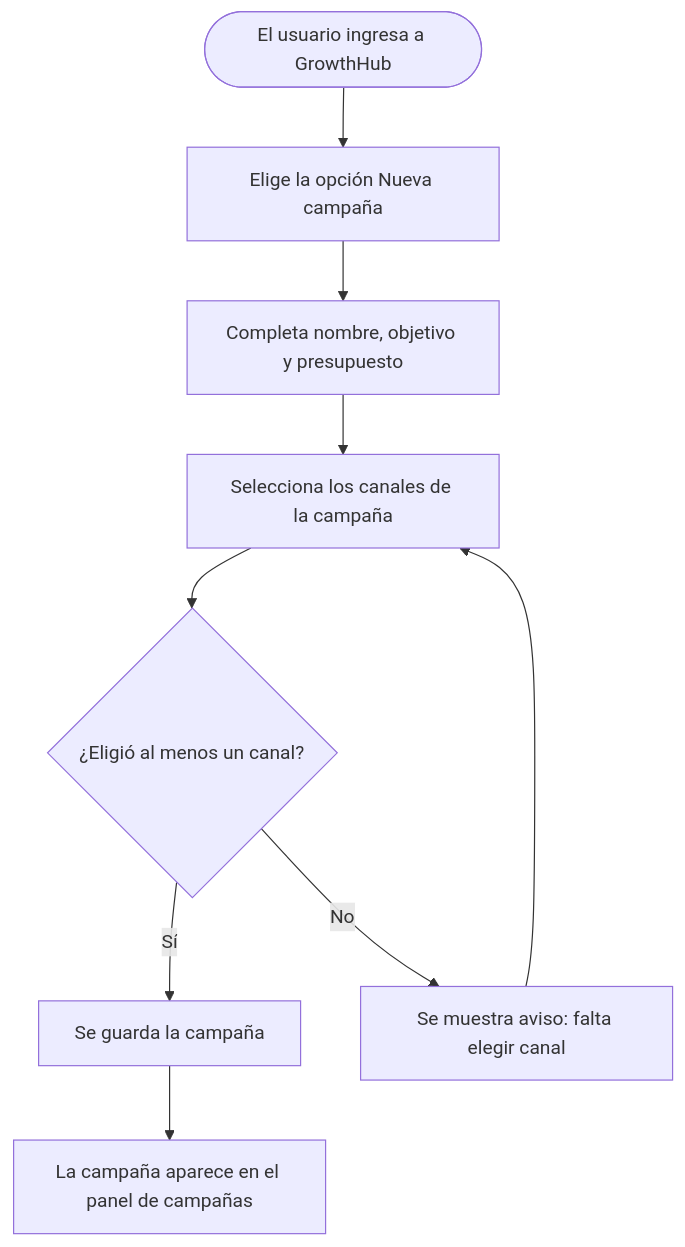
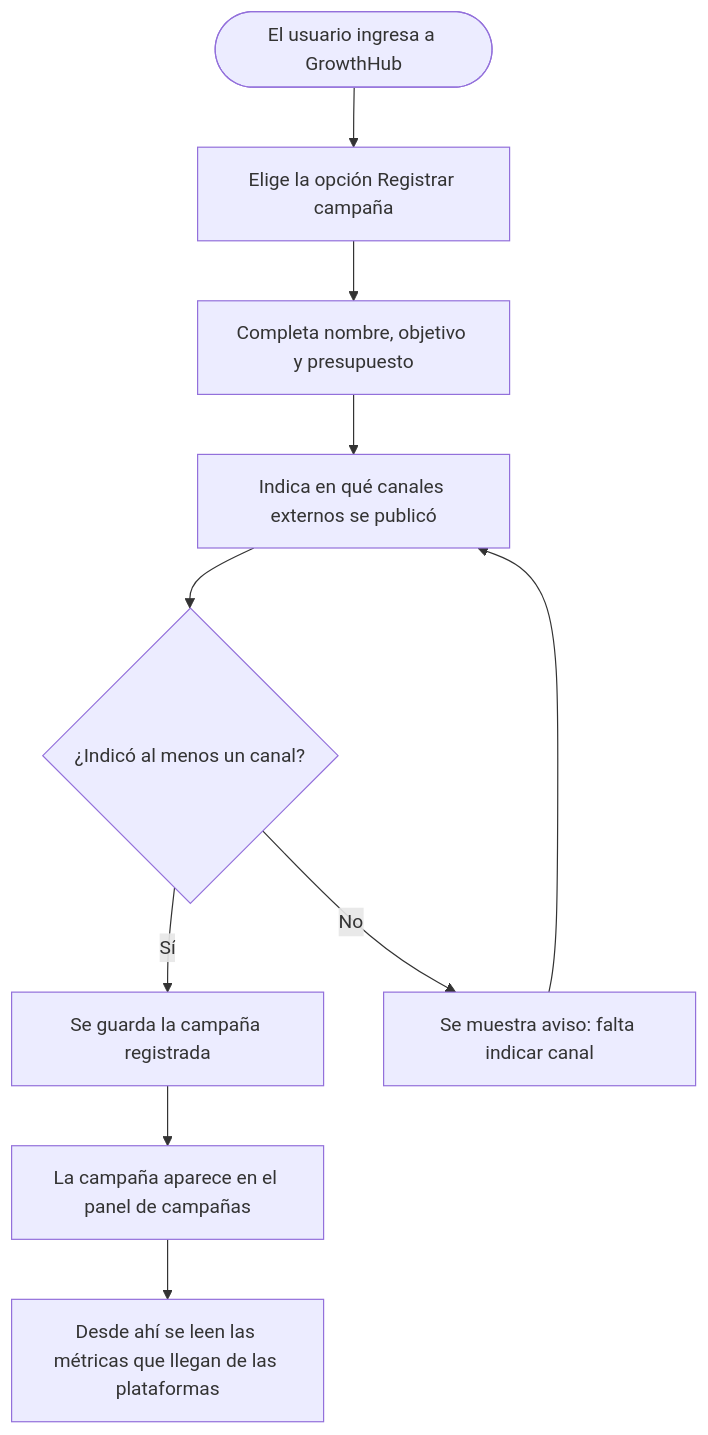
The second of 4 diagrams in README.md (No-Country-simulation/GrowthMarketing-S08-26-equipo-30), drawn with Mermaid before and after one commit. The commit also changed other lines of this file, not shown here.

Commit message:
Corregir contradiccion de alcance: GrowthHub registra campañas, no las crea en plataformas externas

````diff
--- a/README.md
+++ b/README.md
@@ -168,11 +173,12 @@
 ```mermaid
 flowchart TD
-    A([El usuario ingresa a GrowthHub]) --> B[Elige la opción Nueva campaña]
+    A([El usuario ingresa a GrowthHub]) --> B[Elige la opción Registrar campaña]
     B --> C[Completa nombre, objetivo y presupuesto]
-    C --> D[Selecciona los canales de la campaña]
-    D --> E{¿Eligió al menos un canal?}
-    E -->|Sí| F[Se guarda la campaña]
-    E -->|No| G[Se muestra aviso: falta elegir canal]
+    C --> D[Indica en qué canales externos se publicó]
+    D --> E{¿Indicó al menos un canal?}
+    E -->|Sí| F[Se guarda la campaña registrada]
+    E -->|No| G[Se muestra aviso: falta indicar canal]
     G --> D
     F --> H[La campaña aparece en el panel de campañas]
+    H --> I[Desde ahí se leen las métricas que llegan de las plataformas]
 ```
````
